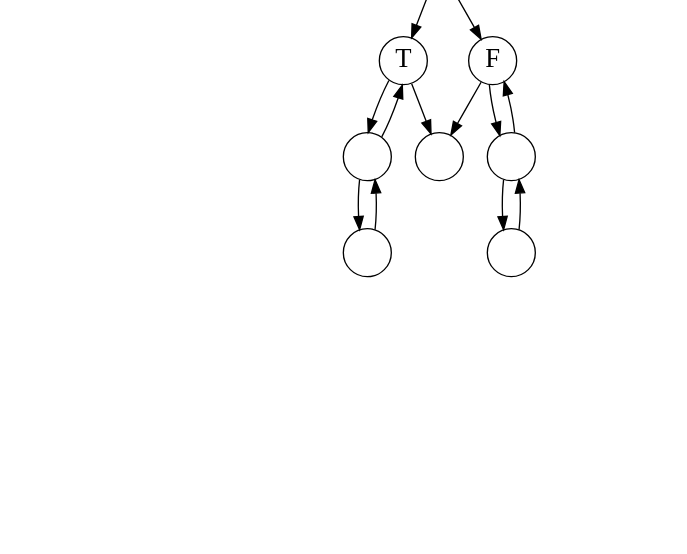
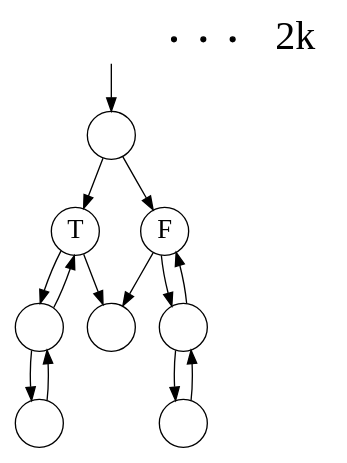
Before and after one commit to jdymacek/graph-theory-notes: the diagram in ChapterNP/n-gadget1.dot, drawn with Graphviz. The commit also changed 2 other files, not shown here.

Commit message:
Removed viewport from gadget dots

```diff
--- a/ChapterNP/n-gadget1.dot
+++ b/ChapterNP/n-gadget1.dot
@@ -1,23 +1,22 @@
 digraph g{
-    viewport="500,400,1,0,0"
     node[shape=circle label="" fixedsize=true]
 
 
     pointer [shape=none pos="0,3!"]
     root [pos="0,2!"]
     l1 [pos="-3,0!" label="T" fontsize="20!"]
     l2 [pos="-2,0!"]
     l3 [pos="-1,0!"]
     r1 [pos="3,0!" label="F" fontsize="20!"]
     r2 [pos="2,0!"]
     r3 [pos="1,0!"]
     exit [pos="0,-2!"]
     e1 [shape=point pos="-0.4,0!"]
     e2 [shape=point pos="0,0!"]
     e3 [shape=point pos="0.4,0!"]
     lab [label="2k" shape="plaintext" pos="0,.40!" fontsize="30!"]
 
     pointer -> root
     root -> l1 -> l2 -> l3 -> l2 -> l1 -> exit
     root -> r1 -> r2 -> r3 -> r2 -> r1 -> exit
 }
```
